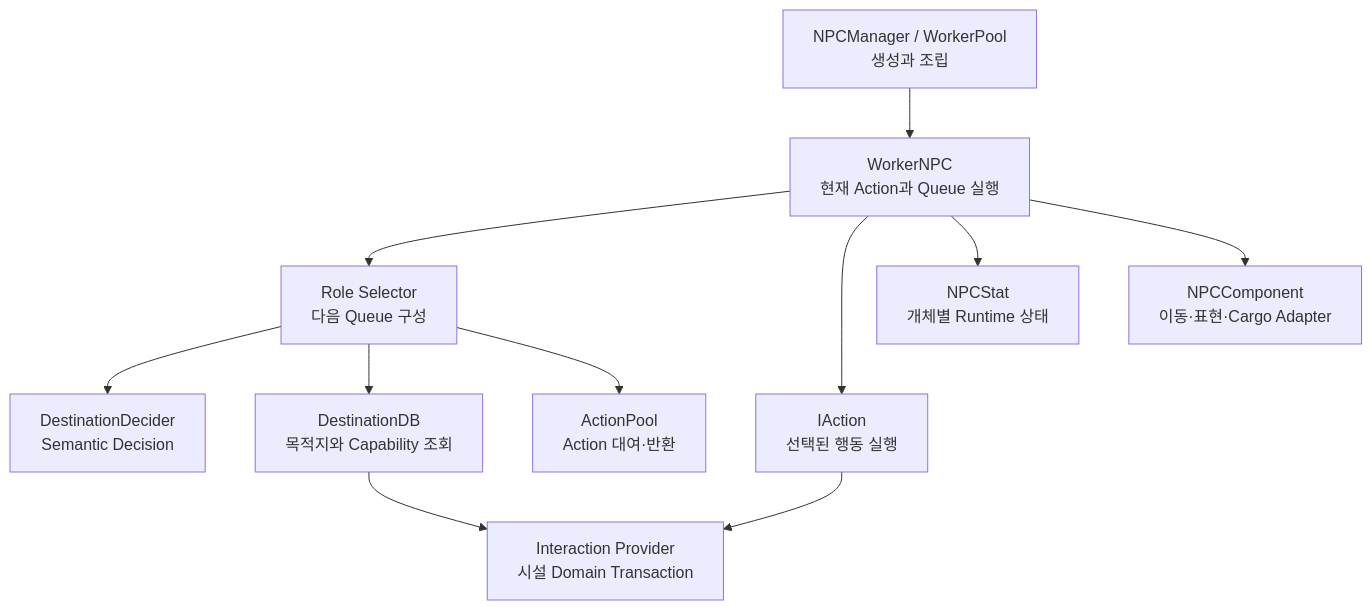
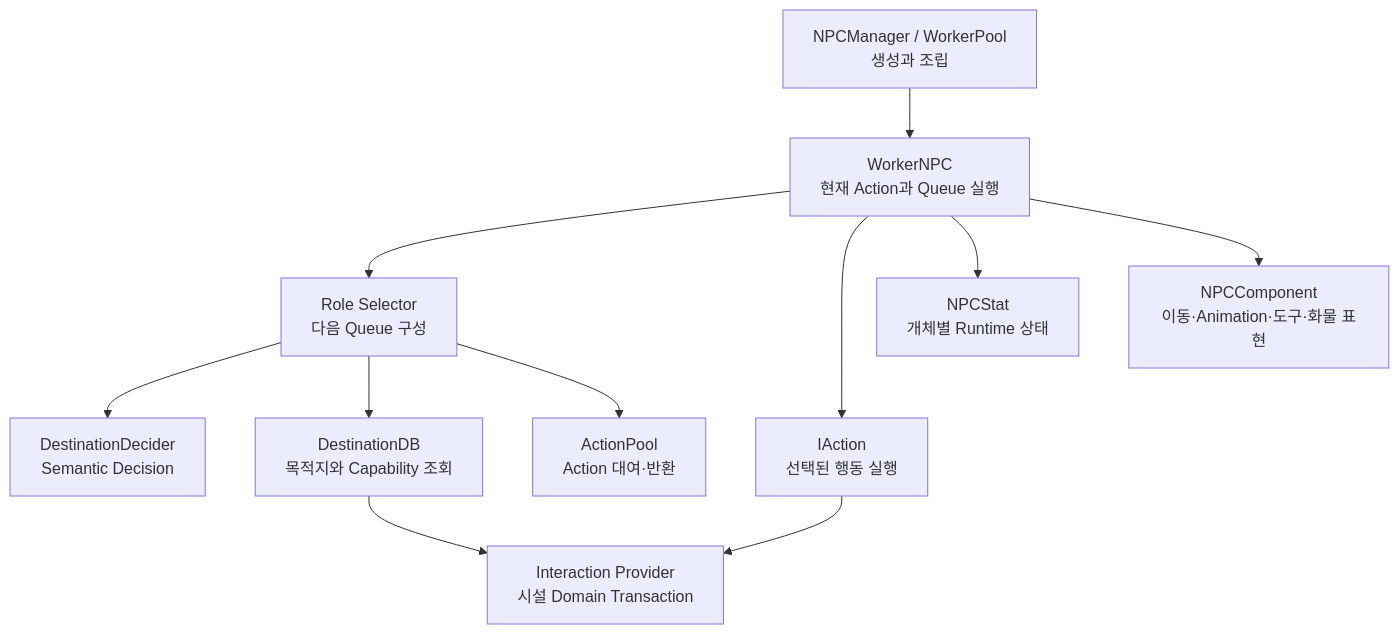
The first of 2 diagrams in README.md (Merkatte/NPC_2D_Private), drawn with Mermaid before and after one commit. The commit also changed other lines of this file and 1 other file, not shown here.

````diff
--- a/README.md
+++ b/README.md
@@ -50,13 +71,13 @@
 ```mermaid
 flowchart TD
     Manager["NPCManager / WorkerPool<br/>생성과 조립"] --> Worker["WorkerNPC<br/>현재 Action과 Queue 실행"]
     Worker --> Selector["Role Selector<br/>다음 Queue 구성"]
     Selector --> Decision["DestinationDecider<br/>Semantic Decision"]
     Selector --> Destination["DestinationDB<br/>목적지와 Capability 조회"]
     Selector --> Pool["ActionPool<br/>Action 대여·반환"]
     Worker --> Action["IAction<br/>선택된 행동 실행"]
     Worker --> Stat["NPCStat<br/>개체별 Runtime 상태"]
-    Worker --> Component["NPCComponent<br/>이동·표현·Cargo Adapter"]
+    Worker --> Component["NPCComponent<br/>이동·Animation·도구·화물 표현"]
     Action --> Provider["Interaction Provider<br/>시설 Domain Transaction"]
     Destination --> Provider
 ```
````
